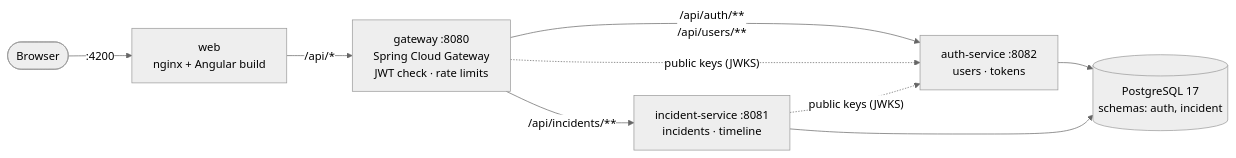
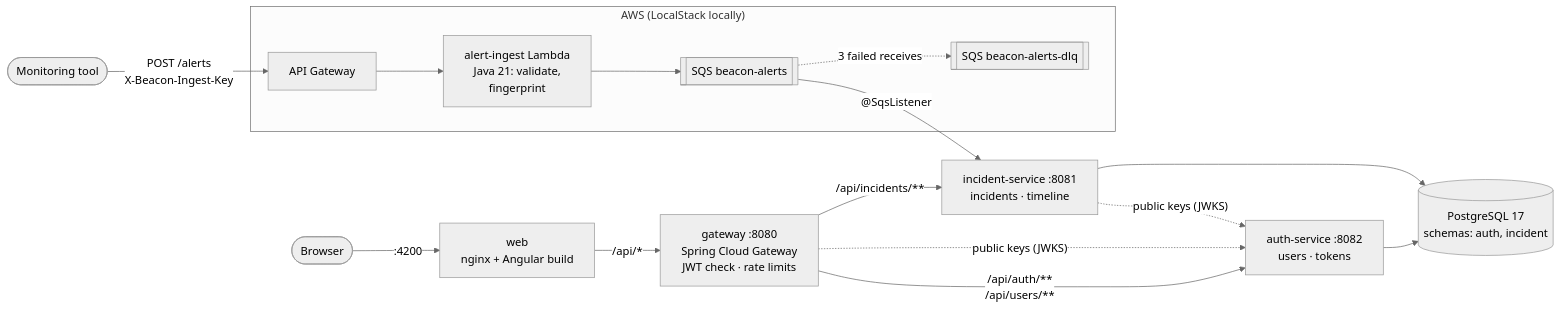
One commit to n1tishc/beacon changed the first of 4 diagrams in README.md. Above: the diagram before and after it, drawn with Mermaid (neutral theme). The commit also changed other lines of this file and 53 other files, not shown here.

````diff
--- a/README.md
+++ b/README.md
@@ -24,11 +24,18 @@
 ```mermaid
 flowchart LR
+    monitor([Monitoring tool]) -->|"POST /alerts<br/>X-Beacon-Ingest-Key"| apigw
+    subgraph aws["AWS (LocalStack locally)"]
+        apigw["API Gateway"] --> lambda["alert-ingest Lambda<br/>Java 21: validate,<br/>fingerprint"]
+        lambda --> sqs[["SQS beacon-alerts"]]
+        sqs -.->|"3 failed receives"| dlq[["SQS beacon-alerts-dlq"]]
+    end
+    sqs -->|"@SqsListener"| incident
     browser([Browser]) -->|":4200"| web["web<br/>nginx + Angular build"]
     web -->|"/api/*"| gateway["gateway :8080<br/>Spring Cloud Gateway<br/>JWT check · rate limits"]
     gateway -->|"/api/auth/**<br/>/api/users/**"| auth["auth-service :8082<br/>users · tokens"]
     gateway -->|"/api/incidents/**"| incident["incident-service :8081<br/>incidents · timeline"]
     gateway -.->|"public keys (JWKS)"| auth
     incident -.->|"public keys (JWKS)"| auth
     auth --> pg[("PostgreSQL 17<br/>schemas: auth, incident")]
     incident --> pg
 ```
````
